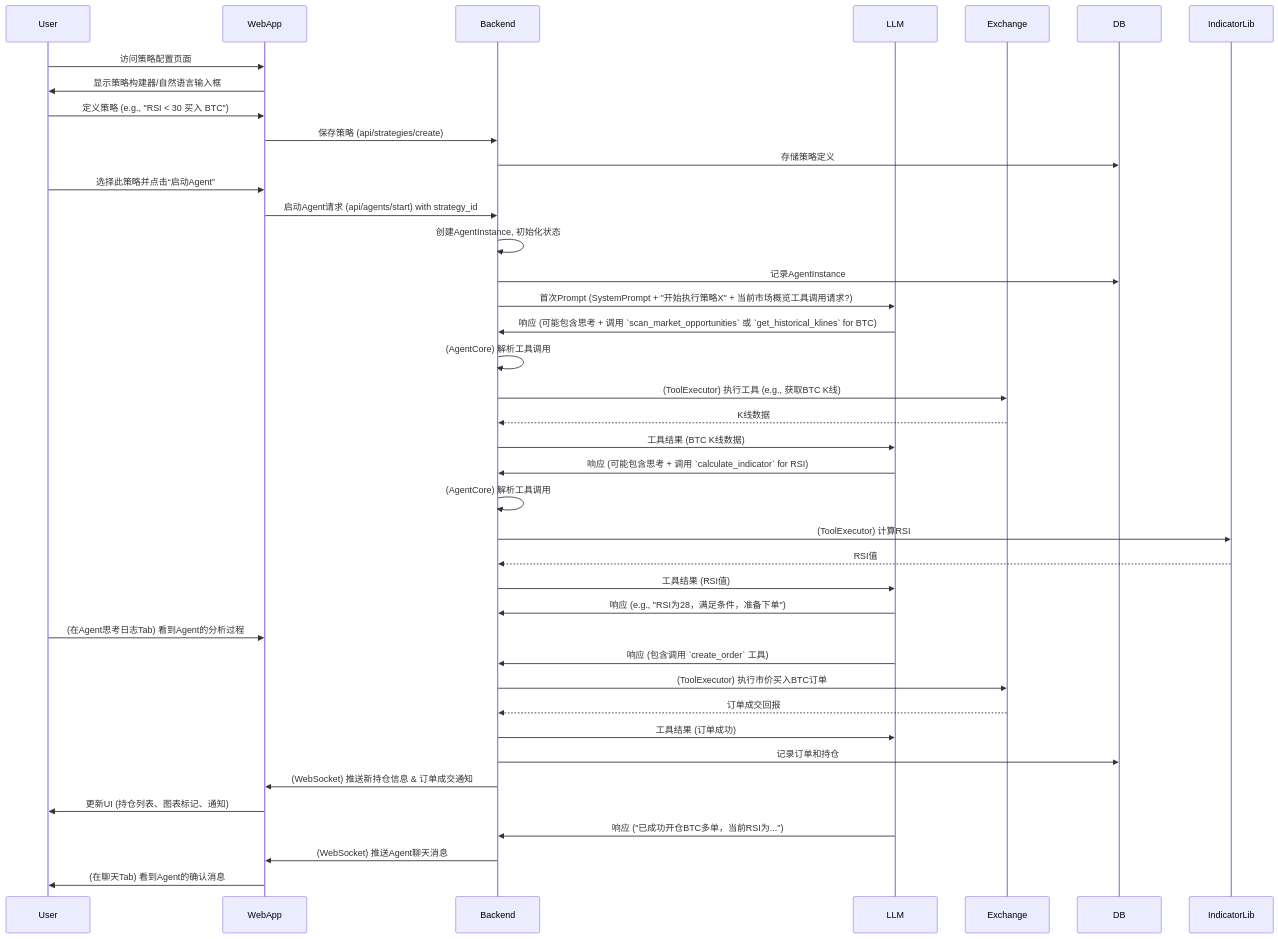
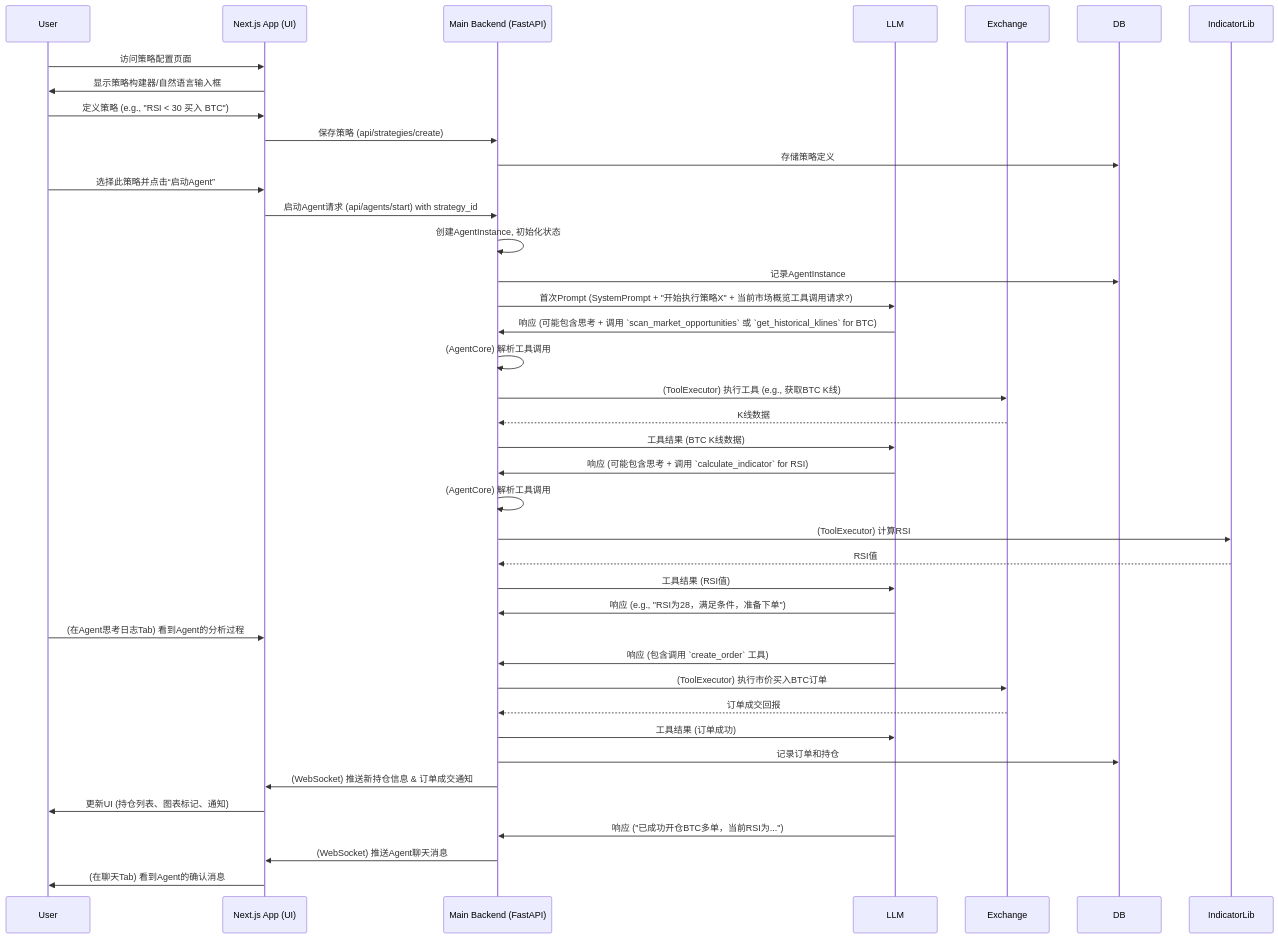
Before and after one commit to chachako/loomtrade: the second of 3 diagrams in blueprints/technical_specs.md, drawn with Mermaid. The commit also changed other lines of this file and 15 other files, not shown here.

````diff
--- a/blueprints/technical_specs.md
+++ b/blueprints/technical_specs.md
@@ -934,41 +1021,41 @@
 ```mermaid
 sequenceDiagram
     participant User
-    participant WebApp
-    participant Backend
+    participant NextJsApp_UI as Next.js App (UI)
+    participant FastAPI_Backend as Main Backend (FastAPI)
     participant LLM
     participant Exchange
 
-    User->>WebApp: 访问策略配置页面
-    WebApp->>User: 显示策略构建器/自然语言输入框
-    User->>WebApp: 定义策略 (e.g., "RSI < 30 买入 BTC")
-    WebApp->>Backend: 保存策略 (api/strategies/create)
-    Backend->>DB: 存储策略定义
-    User->>WebApp: 选择此策略并点击“启动Agent”
-    WebApp->>Backend: 启动Agent请求 (api/agents/start) with strategy_id
-    Backend->>Backend: 创建AgentInstance, 初始化状态
-    Backend->>DB: 记录AgentInstance
-    Backend->>LLM: 首次Prompt (SystemPrompt + "开始执行策略X" + 当前市场概览工具调用请求?)
-    LLM->>Backend: 响应 (可能包含思考 + 调用 `scan_market_opportunities` 或 `get_historical_klines` for BTC)
-    Backend->>Backend: (AgentCore) 解析工具调用
-    Backend->>Exchange: (ToolExecutor) 执行工具 (e.g., 获取BTC K线)
-    Exchange-->>Backend: K线数据
-    Backend->>LLM: 工具结果 (BTC K线数据)
-    LLM->>Backend: 响应 (可能包含思考 + 调用 `calculate_indicator` for RSI)
-    Backend->>Backend: (AgentCore) 解析工具调用
-    Backend->>IndicatorLib: (ToolExecutor) 计算RSI
-    IndicatorLib-->>Backend: RSI值
-    Backend->>LLM: 工具结果 (RSI值)
-    LLM->>Backend: 响应 (e.g., "RSI为28，满足条件，准备下单")
-    User->>WebApp: (在Agent思考日志Tab) 看到Agent的分析过程
-    LLM->>Backend: 响应 (包含调用 `create_order` 工具)
-    Backend->>Exchange: (ToolExecutor) 执行市价买入BTC订单
-    Exchange-->>Backend: 订单成交回报
-    Backend->>LLM: 工具结果 (订单成功)
-    Backend->>DB: 记录订单和持仓
-    Backend->>WebApp: (WebSocket) 推送新持仓信息 & 订单成交通知
-    WebApp->>User: 更新UI (持仓列表、图表标记、通知)
-    LLM->>Backend: 响应 ("已成功开仓BTC多单，当前RSI为...")
-    Backend->>WebApp: (WebSocket) 推送Agent聊天消息
-    WebApp->>User: (在聊天Tab) 看到Agent的确认消息
+    User->>NextJsApp_UI: 访问策略配置页面
+    NextJsApp_UI->>User: 显示策略构建器/自然语言输入框
+    User->>NextJsApp_UI: 定义策略 (e.g., "RSI < 30 买入 BTC")
+    NextJsApp_UI->>FastAPI_Backend: 保存策略 (api/strategies/create)
+    FastAPI_Backend->>DB: 存储策略定义
+    User->>NextJsApp_UI: 选择此策略并点击“启动Agent”
+    NextJsApp_UI->>FastAPI_Backend: 启动Agent请求 (api/agents/start) with strategy_id
+    FastAPI_Backend->>FastAPI_Backend: 创建AgentInstance, 初始化状态
+    FastAPI_Backend->>DB: 记录AgentInstance
+    FastAPI_Backend->>LLM: 首次Prompt (SystemPrompt + "开始执行策略X" + 当前市场概览工具调用请求?)
+    LLM->>FastAPI_Backend: 响应 (可能包含思考 + 调用 `scan_market_opportunities` 或 `get_historical_klines` for BTC)
+    FastAPI_Backend->>FastAPI_Backend: (AgentCore) 解析工具调用
+    FastAPI_Backend->>Exchange: (ToolExecutor) 执行工具 (e.g., 获取BTC K线)
+    Exchange-->>FastAPI_Backend: K线数据
+    FastAPI_Backend->>LLM: 工具结果 (BTC K线数据)
+    LLM->>FastAPI_Backend: 响应 (可能包含思考 + 调用 `calculate_indicator` for RSI)
+    FastAPI_Backend->>FastAPI_Backend: (AgentCore) 解析工具调用
+    FastAPI_Backend->>IndicatorLib: (ToolExecutor) 计算RSI
+    IndicatorLib-->>FastAPI_Backend: RSI值
+    FastAPI_Backend->>LLM: 工具结果 (RSI值)
+    LLM->>FastAPI_Backend: 响应 (e.g., "RSI为28，满足条件，准备下单")
+    User->>NextJsApp_UI: (在Agent思考日志Tab) 看到Agent的分析过程
+    LLM->>FastAPI_Backend: 响应 (包含调用 `create_order` 工具)
+    FastAPI_Backend->>Exchange: (ToolExecutor) 执行市价买入BTC订单
+    Exchange-->>FastAPI_Backend: 订单成交回报
+    FastAPI_Backend->>LLM: 工具结果 (订单成功)
+    FastAPI_Backend->>DB: 记录订单和持仓
+    FastAPI_Backend->>NextJsApp_UI: (WebSocket) 推送新持仓信息 & 订单成交通知
+    NextJsApp_UI->>User: 更新UI (持仓列表、图表标记、通知)
+    LLM->>FastAPI_Backend: 响应 ("已成功开仓BTC多单，当前RSI为...")
+    FastAPI_Backend->>NextJsApp_UI: (WebSocket) 推送Agent聊天消息
+    NextJsApp_UI->>User: (在聊天Tab) 看到Agent的确认消息
 ```
````
